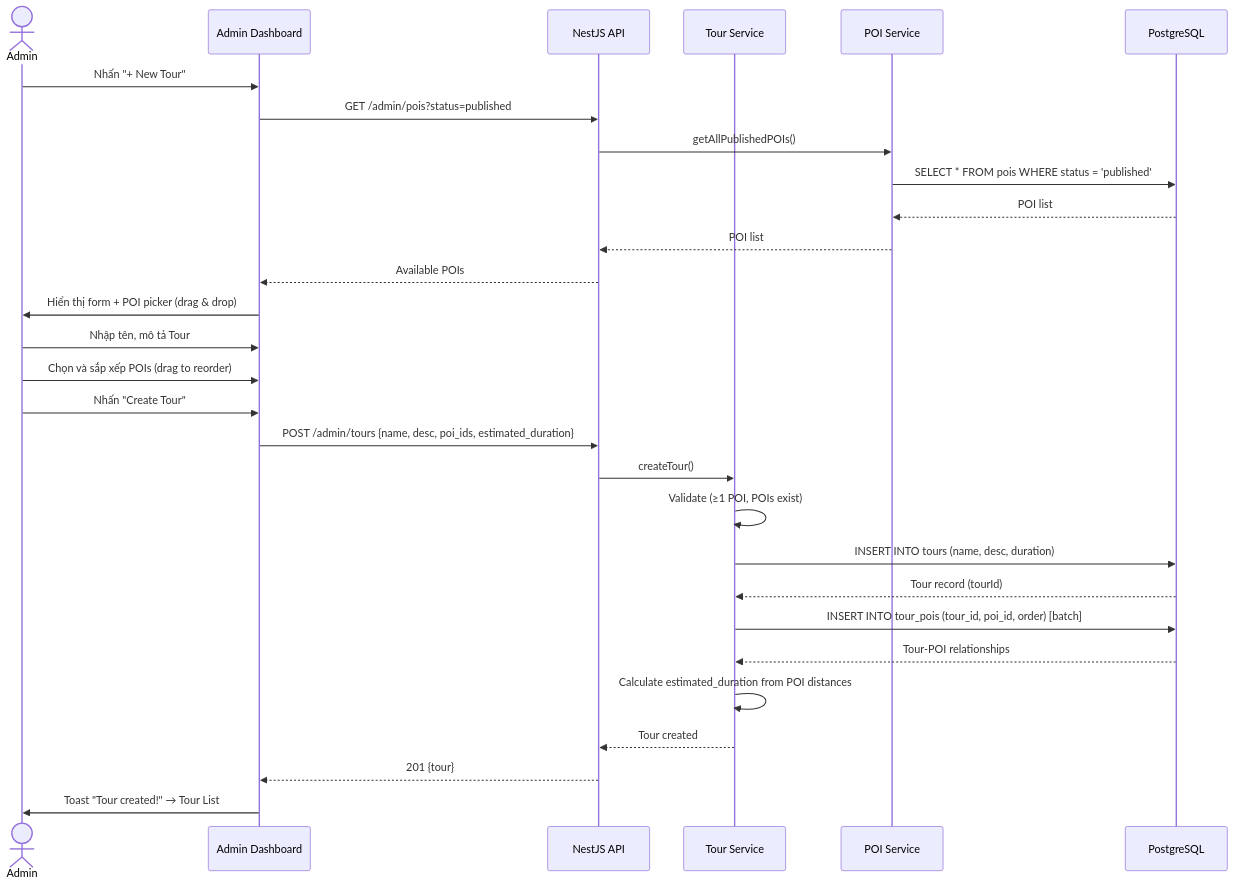
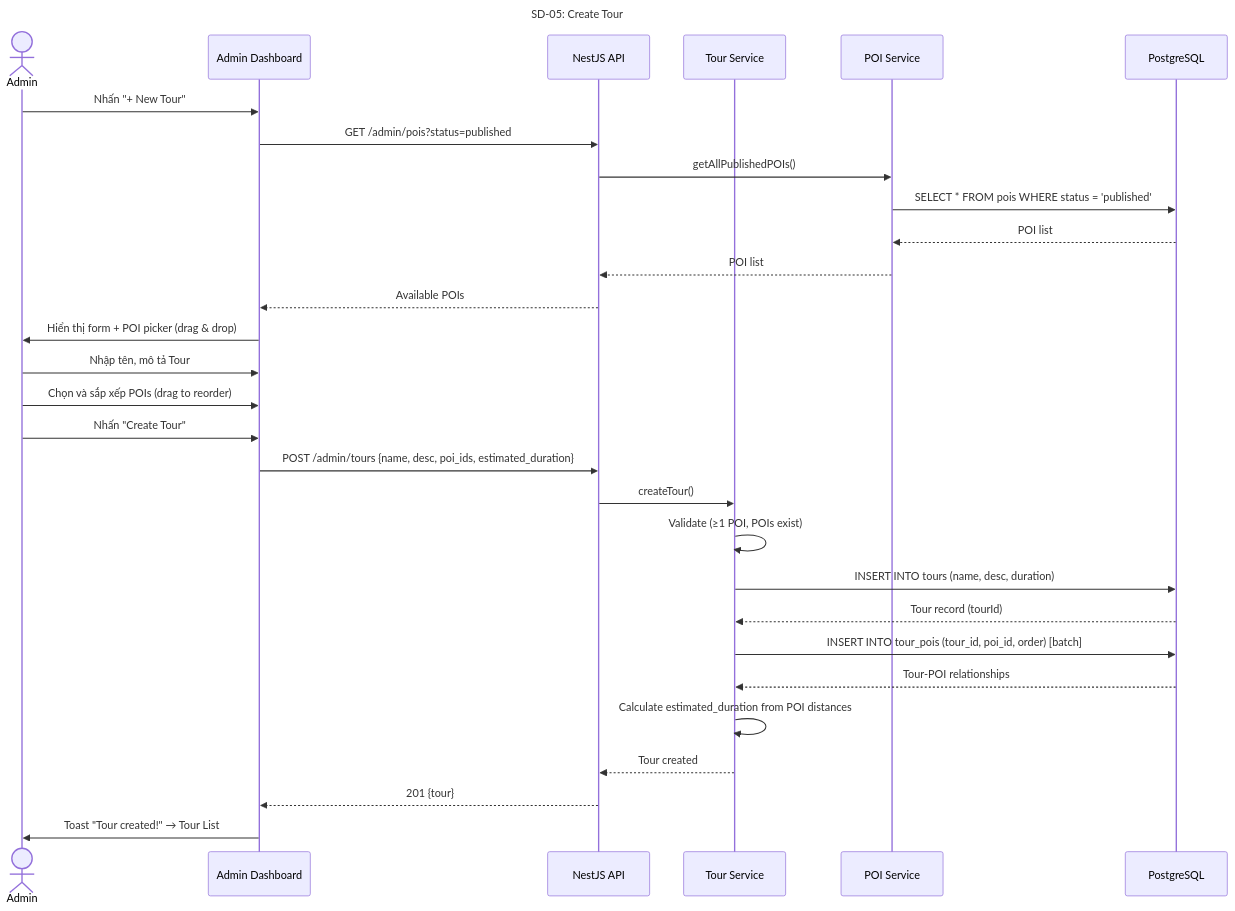
Before and after one commit to Ttuandatt/Seminar: the fifth of 17 diagrams in docs/step3_prd/15_sequence_diagrams.md, drawn with Mermaid. The commit also changed other lines of this file, not shown here.

Commit message:
docs(sequence): add title labels to all 17 mermaid sequence diagrams for draw.io identification

````diff
--- a/docs/step3_prd/15_sequence_diagrams.md
+++ b/docs/step3_prd/15_sequence_diagrams.md
@@ -218,34 +222,35 @@
 ```mermaid
 sequenceDiagram
+    title SD-05: Create Tour
     actor Admin
     participant UI as Admin Dashboard
     participant API as NestJS API
     participant Tour as Tour Service
     participant POI as POI Service
     participant DB as PostgreSQL
 
     Admin->>UI: Nhấn "+ New Tour"
     UI->>API: GET /admin/pois?status=published
     API->>POI: getAllPublishedPOIs()
     POI->>DB: SELECT * FROM pois WHERE status = 'published'
     DB-->>POI: POI list
     POI-->>API: POI list
     API-->>UI: Available POIs
 
     UI->>Admin: Hiển thị form + POI picker (drag & drop)
     Admin->>UI: Nhập tên, mô tả Tour
     Admin->>UI: Chọn và sắp xếp POIs (drag to reorder)
     Admin->>UI: Nhấn "Create Tour"
 
     UI->>API: POST /admin/tours {name, desc, poi_ids, estimated_duration}
     API->>Tour: createTour()
     Tour->>Tour: Validate (≥1 POI, POIs exist)
     Tour->>DB: INSERT INTO tours (name, desc, duration)
     DB-->>Tour: Tour record (tourId)
     Tour->>DB: INSERT INTO tour_pois (tour_id, poi_id, order) [batch]
     DB-->>Tour: Tour-POI relationships
     Tour->>Tour: Calculate estimated_duration from POI distances
     Tour-->>API: Tour created
     API-->>UI: 201 {tour}
     UI->>Admin: Toast "Tour created!" → Tour List
 ```
````
